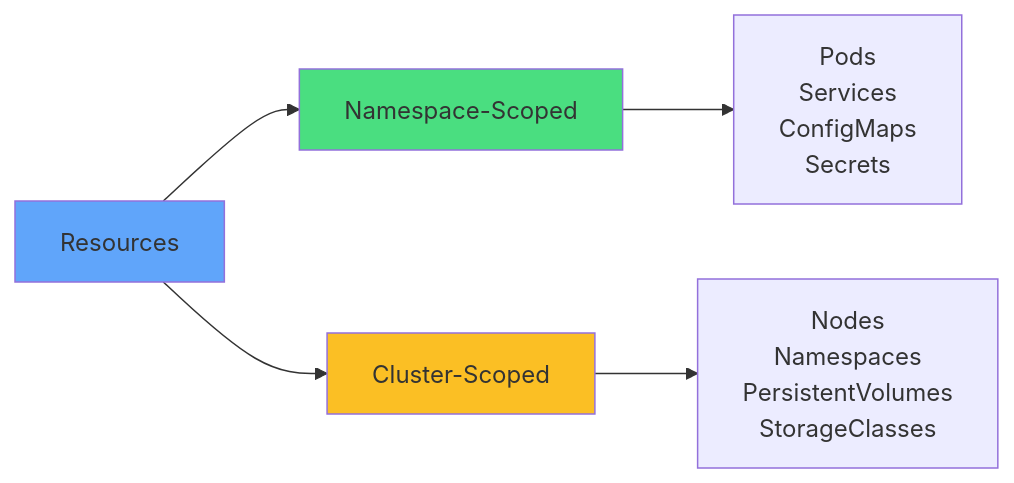
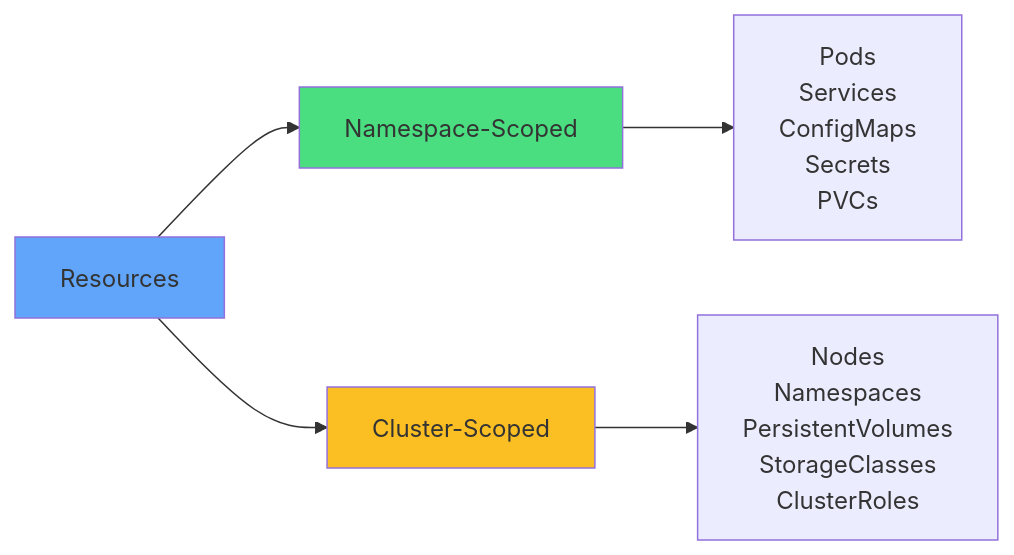
The fourth of 11 diagrams in slides/namespaces/slides.md (courselabs/kubernetes), drawn with Mermaid before and after one commit. The commit also changed other lines of this file and 5 other files, not shown here.

````diff
--- a/slides/namespaces/slides.md
+++ b/slides/namespaces/slides.md
@@ -150,11 +169,11 @@
 ```mermaid
 graph LR
     R[Resources]
     R --> NS[Namespace-Scoped]
     R --> CS[Cluster-Scoped]
-    NS --> P[Pods<br/>Services<br/>ConfigMaps<br/>Secrets]
-    CS --> N[Nodes<br/>Namespaces<br/>PersistentVolumes<br/>StorageClasses]
+    NS --> P[Pods<br/>Services<br/>ConfigMaps<br/>Secrets<br/>PVCs]
+    CS --> N[Nodes<br/>Namespaces<br/>PersistentVolumes<br/>StorageClasses<br/>ClusterRoles]
     style R fill:#60a5fa
     style NS fill:#4ade80
     style CS fill:#fbbf24
 ```
````
